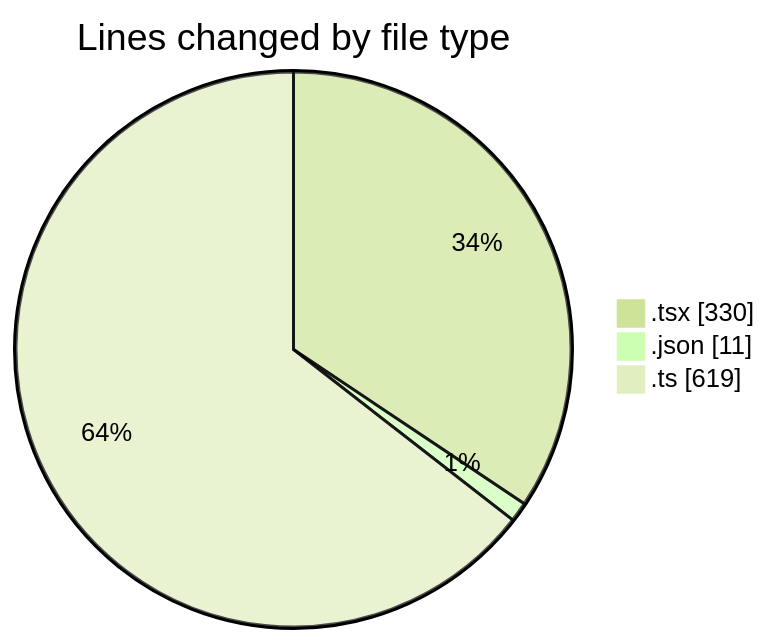
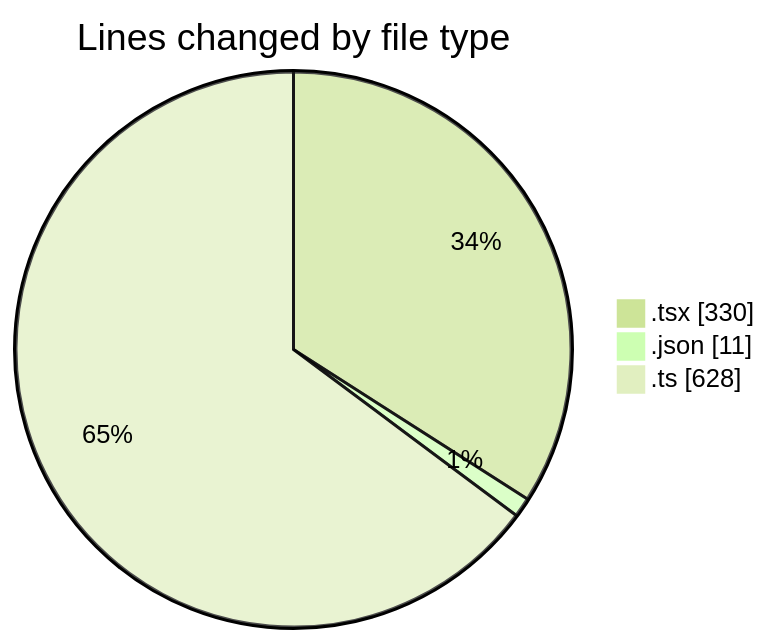
Before and after one commit to momahboobian/code-tracking: the first of 2 diagrams in 2025-05-12/cda/README.md, drawn with Mermaid (forest theme). The commit also changed other lines of this file and 1 other file, not shown here.

````diff
--- a/2025-05-12/cda/README.md
+++ b/2025-05-12/cda/README.md
@@ -31,7 +31,7 @@
 ```mermaid
 pie showData
 title Lines changed by file type
 ".tsx" : 330
 ".json" : 11
-".ts" : 619
+".ts" : 628
 ```
````
